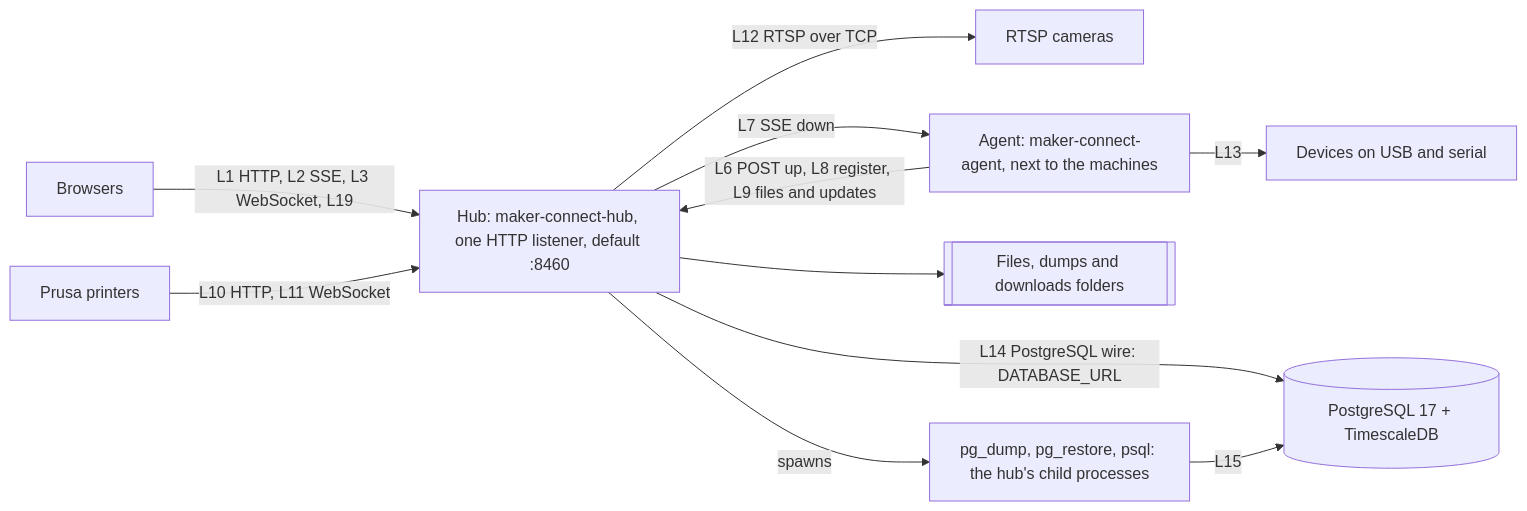
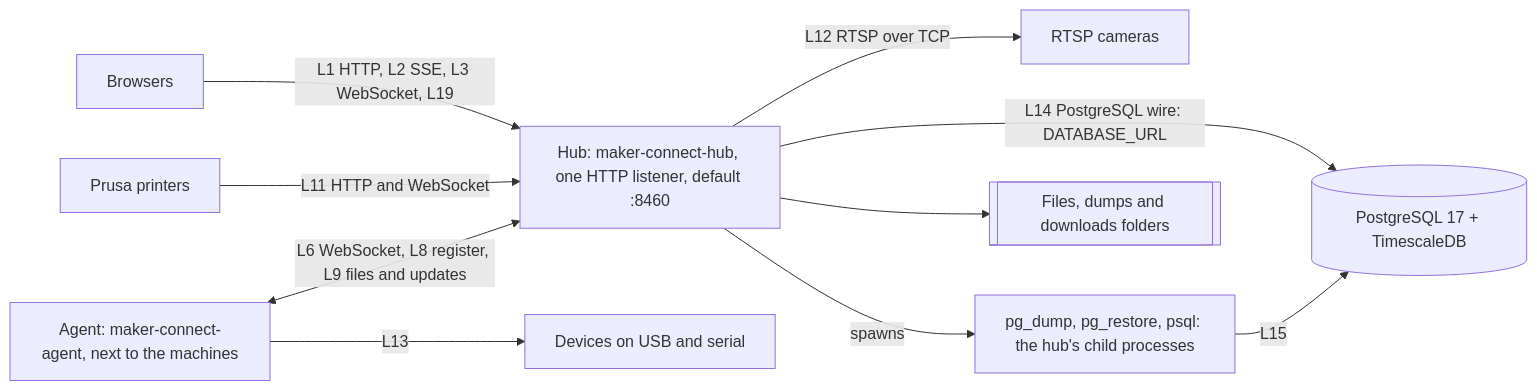
One commit to CuriousTimo/Maker-Connect changed the second of 5 diagrams in docs/design/architecture.md. Above: the diagram before and after it, drawn with Mermaid. The commit also changed other lines of this file and 20 other files, not shown here.

````diff
--- a/docs/design/architecture.md
+++ b/docs/design/architecture.md
@@ -44,22 +44,21 @@
 ```mermaid
 flowchart LR
   browser["Browsers"]
   prusa["Prusa printers"]
   rtsp["RTSP cameras"]
   hub["Hub: maker-connect-hub, one HTTP listener, default :8460"]
   tools["pg_dump, pg_restore, psql: the hub's child processes"]
   db[("PostgreSQL 17 + TimescaleDB")]
   folders[["Files, dumps and downloads folders"]]
   agent["Agent: maker-connect-agent, next to the machines"]
   devs["Devices on USB and serial"]
   browser -->|"L1 HTTP, L2 SSE, L3 WebSocket, L19"| hub
-  prusa -->|"L10 HTTP, L11 WebSocket"| hub
+  prusa -->|"L11 HTTP and WebSocket"| hub
   hub -->|"L12 RTSP over TCP"| rtsp
-  agent -->|"L6 POST up, L8 register, L9 files and updates"| hub
-  hub -->|"L7 SSE down"| agent
+  agent <-->|"L6 WebSocket, L8 register, L9 files and updates"| hub
   hub -->|"L14 PostgreSQL wire: DATABASE_URL"| db
   hub -->|"spawns"| tools
   tools -->|"L15"| db
   hub --> folders
   agent -->|"L13"| devs
 ```
````
